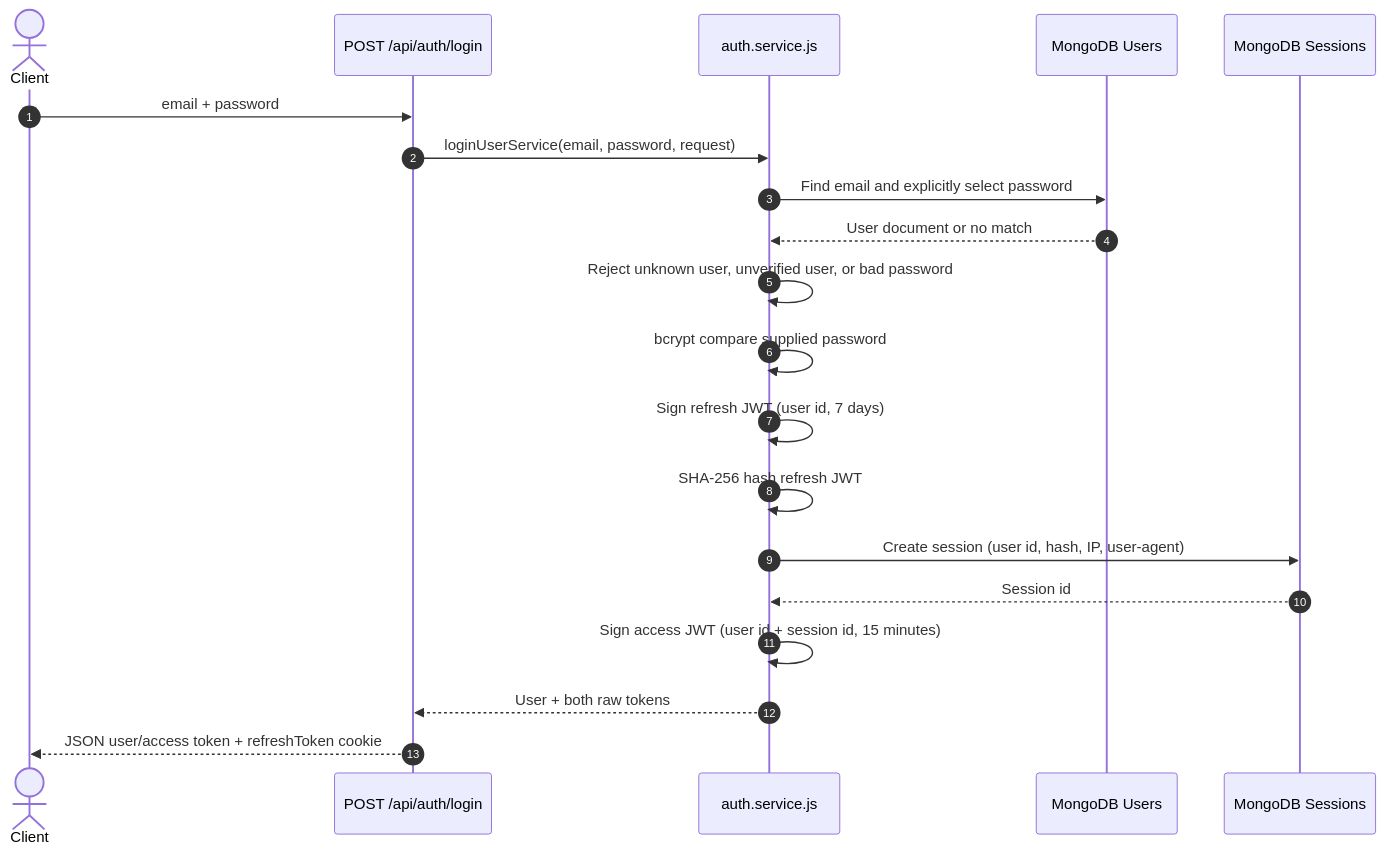
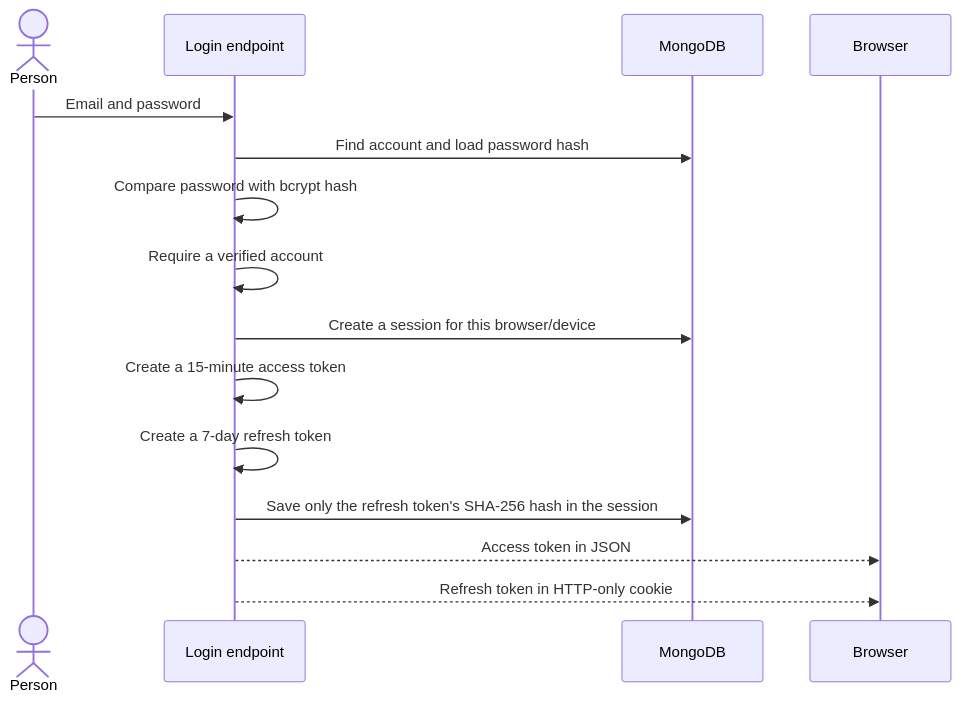
The third of 6 diagrams in README.md (samroz-burhan/authentication-system-backend), drawn with Mermaid before and after one commit. The commit also changed other lines of this file and 25 other files, not shown here.

````diff
--- a/README.md
+++ b/README.md
@@ -242,23 +72,18 @@
 ```mermaid
 sequenceDiagram
-    autonumber
-    actor Client
-    participant API as POST /api/auth/login
-    participant Auth as auth.service.js
-    participant Users as MongoDB Users
-    participant Sessions as MongoDB Sessions
+    actor Person
+    participant API as Login endpoint
+    participant DB as MongoDB
+    participant Browser
 
-    Client->>API: email + password
-    API->>Auth: loginUserService(email, password, request)
-    Auth->>Users: Find email and explicitly select password
-    Users-->>Auth: User document or no match
-    Auth->>Auth: Reject unknown user, unverified user, or bad password
-    Auth->>Auth: bcrypt compare supplied password
-    Auth->>Auth: Sign refresh JWT (user id, 7 days)
-    Auth->>Auth: SHA-256 hash refresh JWT
-    Auth->>Sessions: Create session (user id, hash, IP, user-agent)
-    Sessions-->>Auth: Session id
-    Auth->>Auth: Sign access JWT (user id + session id, 15 minutes)
-    Auth-->>API: User + both raw tokens
-    API-->>Client: JSON user/access token + refreshToken cookie
+    Person->>API: Email and password
+    API->>DB: Find account and load password hash
+    API->>API: Compare password with bcrypt hash
+    API->>API: Require a verified account
+    API->>DB: Create a session for this browser/device
+    API->>API: Create a 15-minute access token
+    API->>API: Create a 7-day refresh token
+    API->>DB: Save only the refresh token's SHA-256 hash in the session
+    API-->>Browser: Access token in JSON
+    API-->>Browser: Refresh token in HTTP-only cookie
 ```
````
